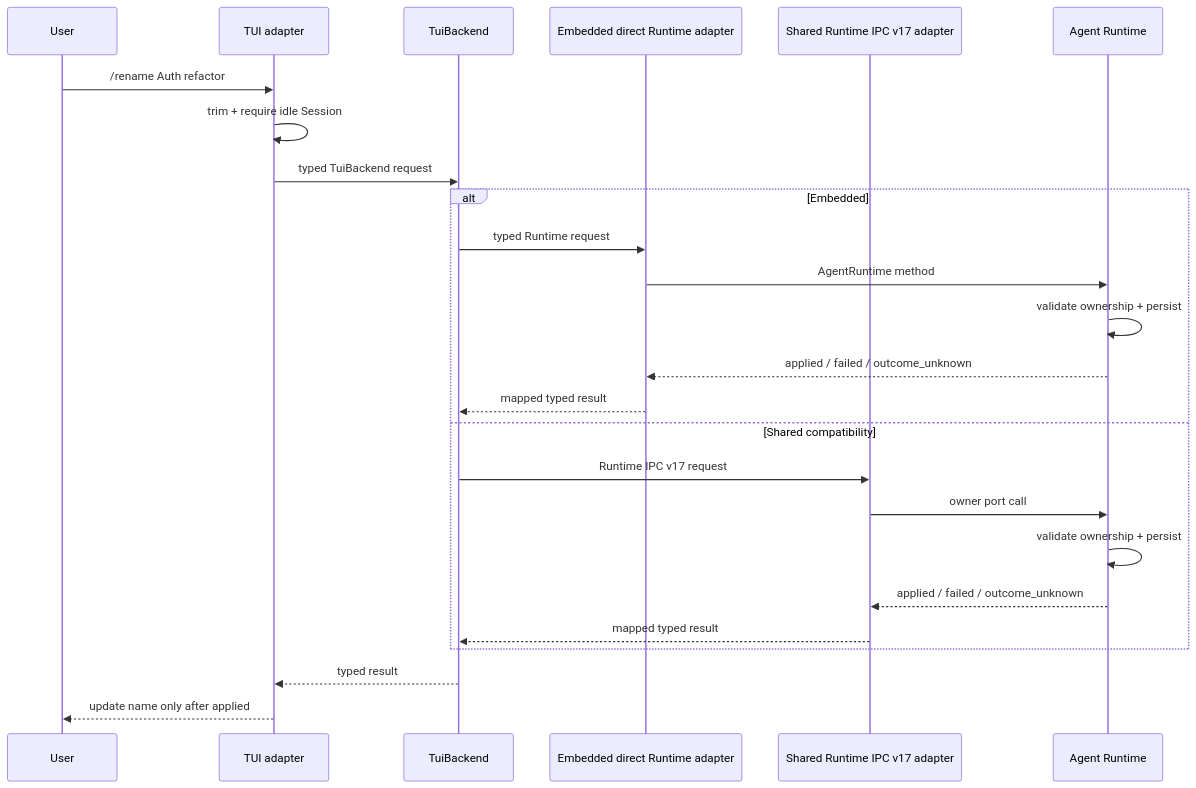
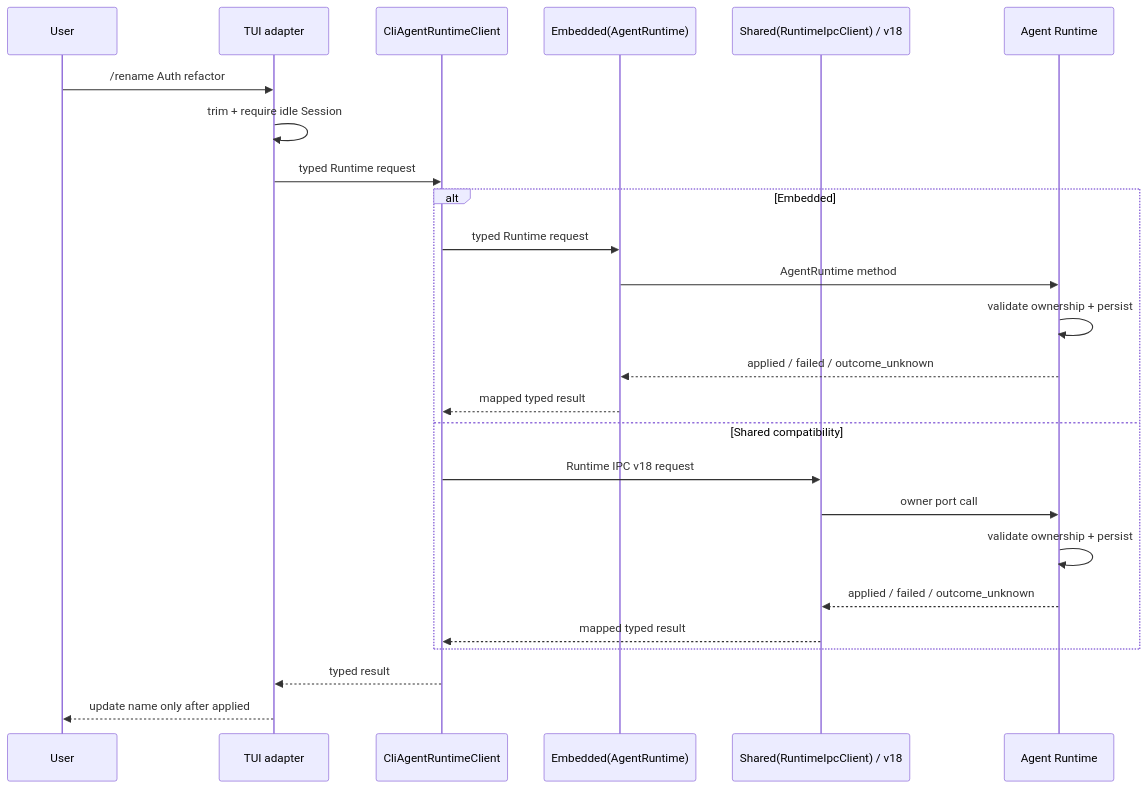
Diagram 16 of 17 in docs/architecture/agent-runtime-deployment-design.md (GCWing/BitFun), drawn with Mermaid before and after one commit. The commit also changed other lines of this file and 181 other files, not shown here.

First line of the commit message:
refactor(cli): use direct runtime for embedded TUI

````diff
--- a/docs/architecture/agent-runtime-deployment-design.md
+++ b/docs/architecture/agent-runtime-deployment-design.md
@@ -450,28 +464,28 @@
 ```mermaid
 sequenceDiagram
   participant U as User
   participant T as TUI adapter
-  participant B as TuiBackend
-  participant E as Embedded direct Runtime adapter
-  participant S as Shared Runtime IPC v17 adapter
+  participant B as CliAgentRuntimeClient
+  participant E as Embedded(AgentRuntime)
+  participant S as Shared(RuntimeIpcClient) / v18
   participant R as Agent Runtime
 
   U->>T: /rename Auth refactor
   T->>T: trim + require idle Session
-  T->>B: typed TuiBackend request
+  T->>B: typed Runtime request
   alt Embedded
     B->>E: typed Runtime request
     E->>R: AgentRuntime method
     R->>R: validate ownership + persist
     R-->>E: applied / failed / outcome_unknown
     E-->>B: mapped typed result
   else Shared compatibility
-    B->>S: Runtime IPC v17 request
+    B->>S: Runtime IPC v18 request
     S->>R: owner port call
     R->>R: validate ownership + persist
     R-->>S: applied / failed / outcome_unknown
     S-->>B: mapped typed result
   end
   B-->>T: typed result
   T-->>U: update name only after applied
 ```
````
